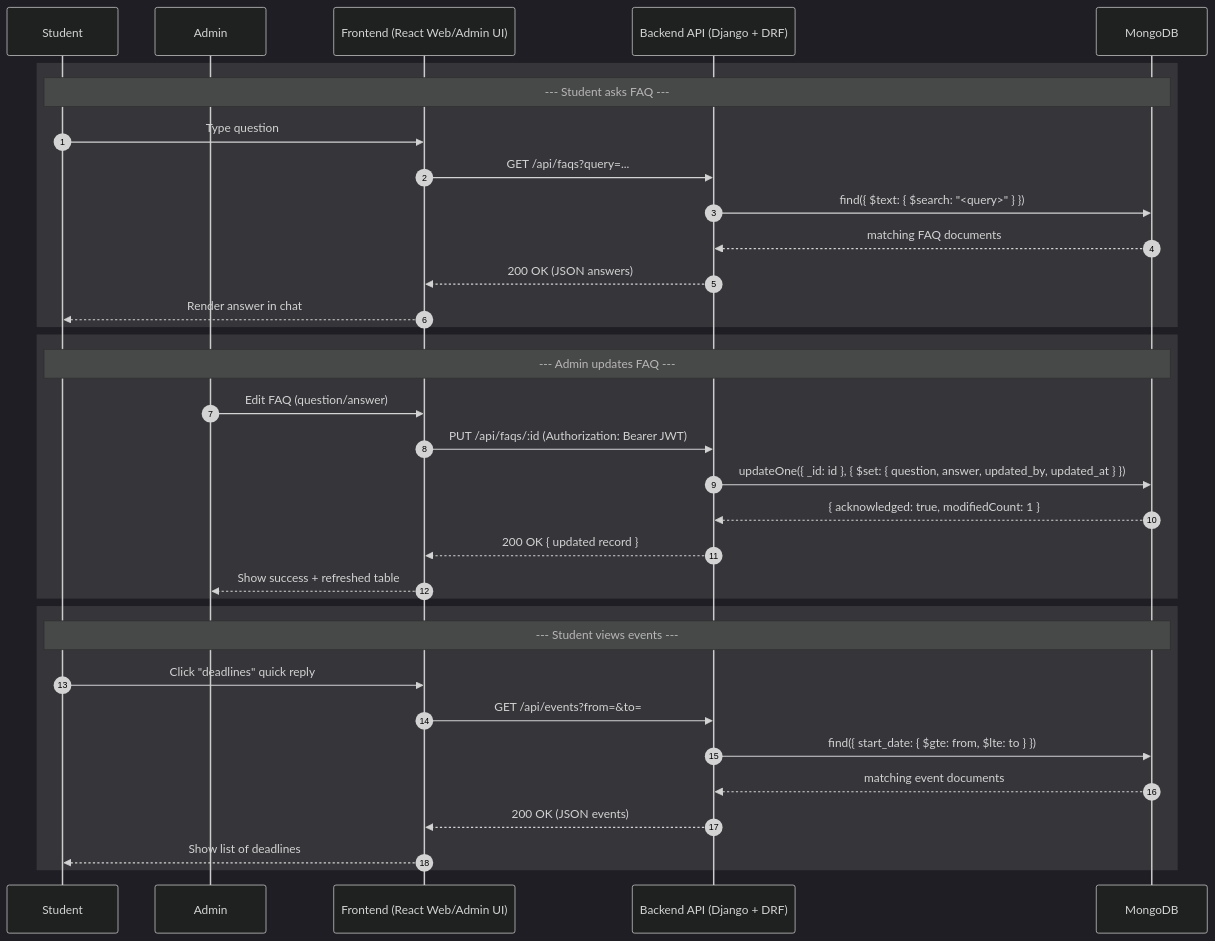
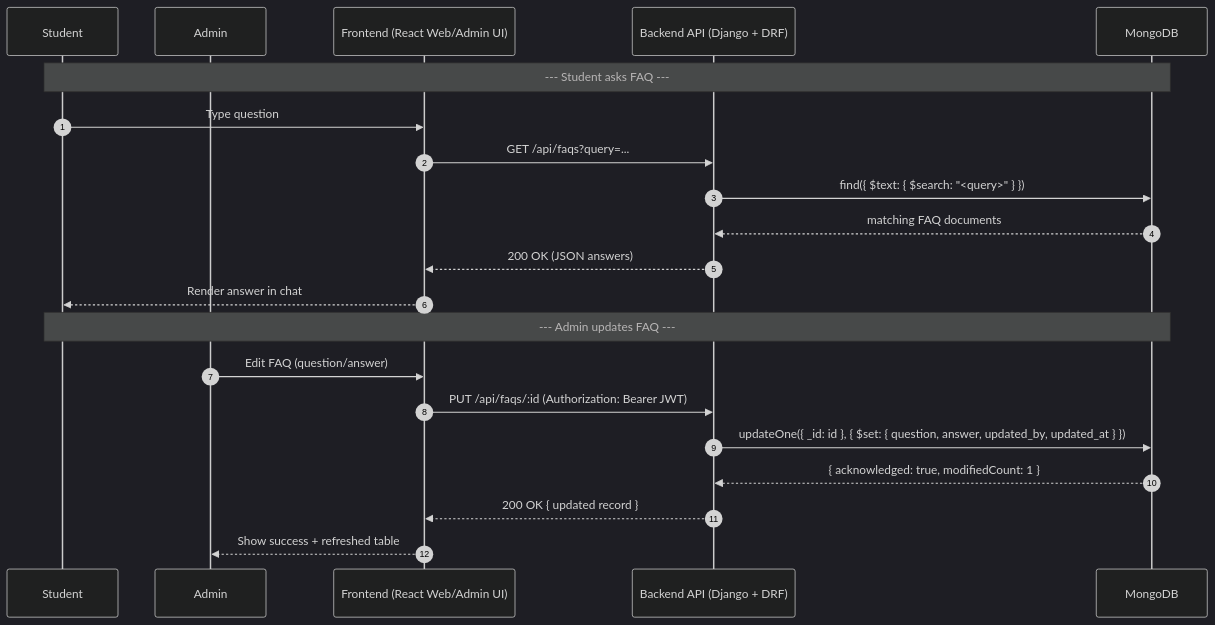
One commit to M0simi/portfolio changed the third of 3 diagrams in Stage3.md. Above: the diagram before and after it, drawn with Mermaid.

````diff
--- a/Stage3.md
+++ b/Stage3.md
@@ -256,43 +256,31 @@
 ```mermaid
 %%{init: {'theme': 'dark', 'sequence': {'showSequenceNumbers': true}}}%%
 sequenceDiagram
   autonumber
   participant Student
   participant Admin
   participant Frontend as Frontend (React Web/Admin UI)
   participant Backend as Backend API (Django + DRF)
   participant DB as MongoDB
 
   %% ===================== Use Case 1: Student asks FAQ =====================
-  rect rgba(180,180,180,0.15)
-    Note over Student,DB: --- Student asks FAQ ---
-    Student->>Frontend: Type question
-    Frontend->>Backend: GET /api/faqs?query=...
-    Backend->>DB: find({ $text: { $search: "<query>" } })
-    DB-->>Backend: matching FAQ documents
-    Backend-->>Frontend: 200 OK (JSON answers)
-    Frontend-->>Student: Render answer in chat
-  end
+  Note over Student,DB: --- Student asks FAQ ---
+  Student->>Frontend: Type question
+  Frontend->>Backend: GET /api/faqs?query=...
+  Backend->>DB: find({ $text: { $search: "<query>" } })
+  DB-->>Backend: matching FAQ documents
+  Backend-->>Frontend: 200 OK (JSON answers)
+  Frontend-->>Student: Render answer in chat
 
   %% ===================== Use Case 2: Admin updates FAQ =====================
-  rect rgba(180,180,180,0.15)
-    Note over Student,DB: --- Admin updates FAQ ---
-    Admin->>Frontend: Edit FAQ (question/answer)
-    Frontend->>Backend: PUT /api/faqs/:id (Authorization: Bearer JWT)
-    Backend->>DB: updateOne({ _id: id }, { $set: { question, answer, updated_by, updated_at } })
-    DB-->>Backend: { acknowledged: true, modifiedCount: 1 }
-    Backend-->>Frontend: 200 OK { updated record }
-    Frontend-->>Admin: Show success + refreshed table
-  end
+  Note over Student,DB: --- Admin updates FAQ ---
+  Admin->>Frontend: Edit FAQ (question/answer)
+  Frontend->>Backend: PUT /api/faqs/:id (Authorization: Bearer JWT)
+  Backend->>DB: updateOne({ _id: id }, { $set: { question, answer, updated_by, updated_at } })
+  DB-->>Backend: { acknowledged: true, modifiedCount: 1 }
+  Backend-->>Frontend: 200 OK { updated record }
+  Frontend-->>Admin: Show success + refreshed table
 
-  %% ===================== Use Case 3: Student views events ==================
-  rect rgba(180,180,180,0.15)
-    Note over Student,DB: --- Student views events ---
-    Student->>Frontend: Click "deadlines" quick reply
-    Frontend->>Backend: GET /api/events?from=&to=
-    Backend->>DB: find({ start_date: { $gte: from, $lte: to } })
-    DB-->>Backend: matching event documents
-    Backend-->>Frontend: 200 OK (JSON events)
-    Frontend-->>Student: Show list of deadlines
-  end
+  %% ====
+
 ```
````
